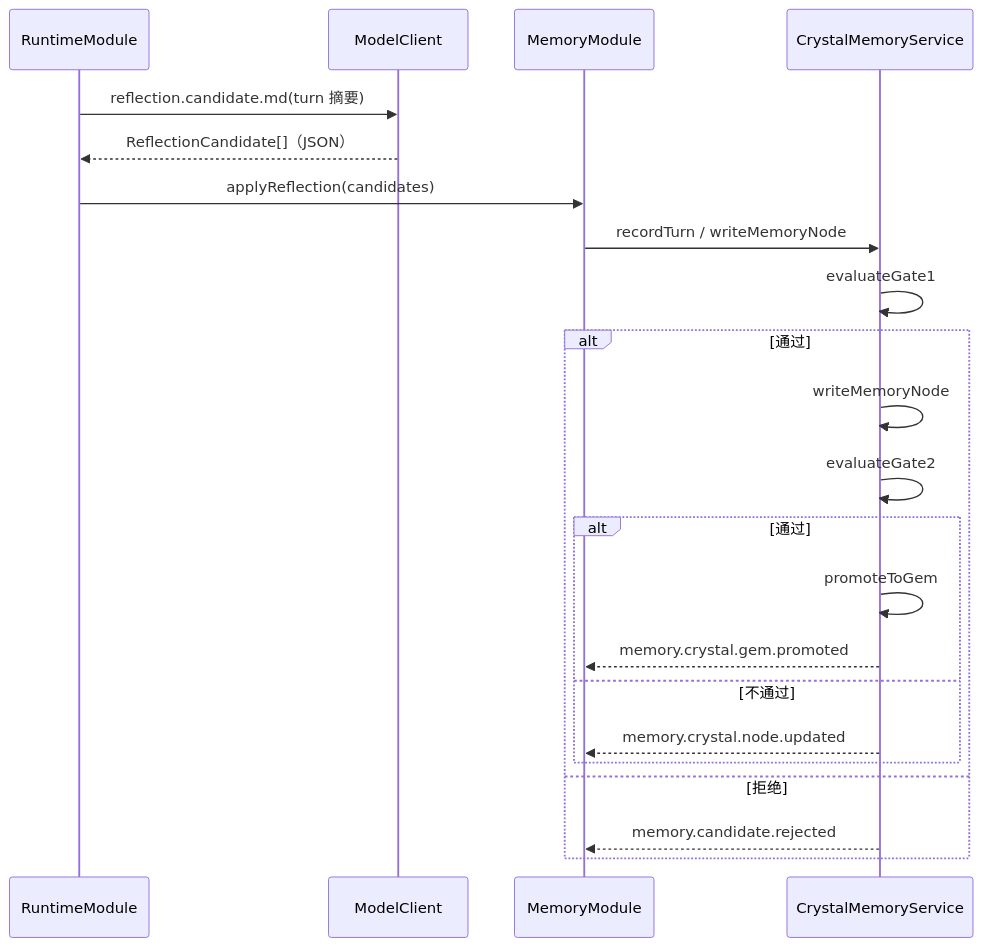
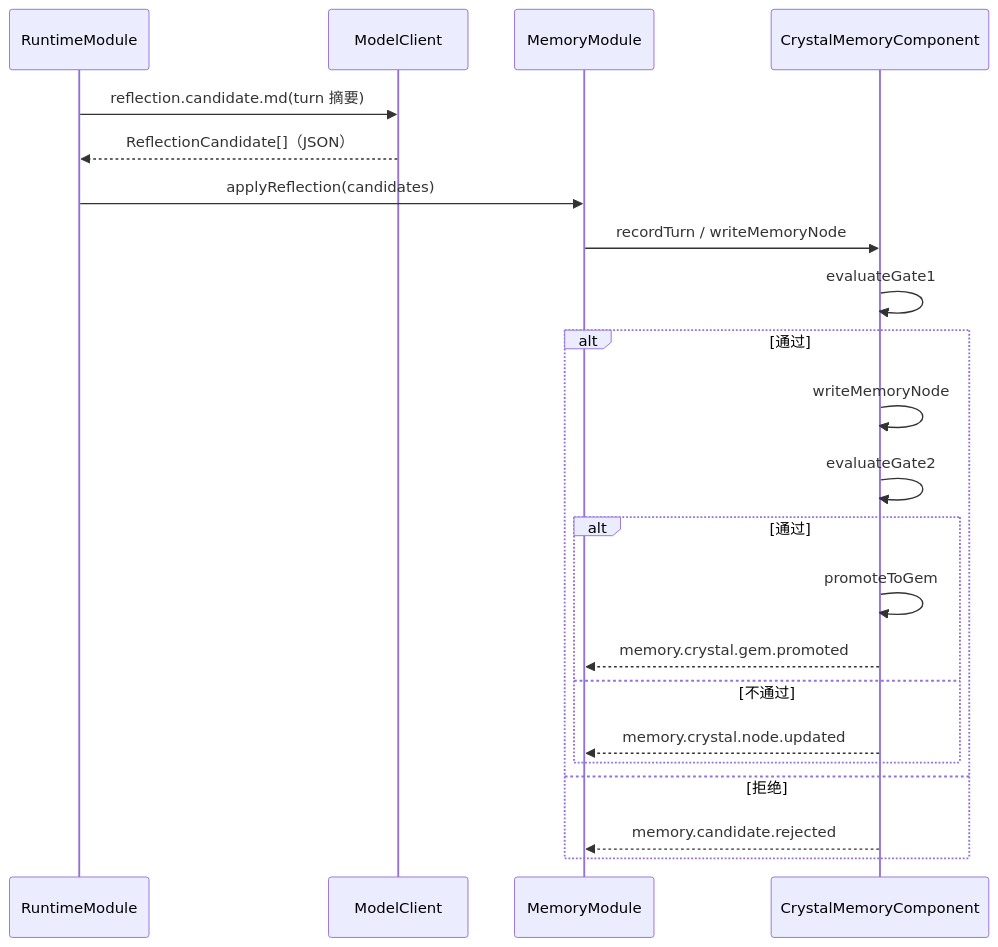
One commit to flyflor/flyflor changed the third of 3 diagrams in docs/crystal.reflection.md. Above: the diagram before and after it, drawn with Mermaid. The commit also changed other lines of this file and 119 other files, not shown here.

````diff
--- a/docs/crystal.reflection.md
+++ b/docs/crystal.reflection.md
@@ -69,24 +69,24 @@
 ```mermaid
 sequenceDiagram
     participant RT as RuntimeModule
     participant LLM as ModelClient
     participant Mem as MemoryModule
-    participant CR as CrystalMemoryService
+    participant CR as CrystalMemoryComponent
     RT->>LLM: reflection.candidate.md(turn 摘要)
     LLM-->>RT: ReflectionCandidate[]（JSON）
     RT->>Mem: applyReflection(candidates)
     Mem->>CR: recordTurn / writeMemoryNode
     CR->>CR: evaluateGate1
     alt 通过
         CR->>CR: writeMemoryNode
         CR->>CR: evaluateGate2
         alt 通过
             CR->>CR: promoteToGem
             CR-->>Mem: memory.crystal.gem.promoted
         else 不通过
             CR-->>Mem: memory.crystal.node.updated
         end
     else 拒绝
         CR-->>Mem: memory.candidate.rejected
     end
 ```
````
